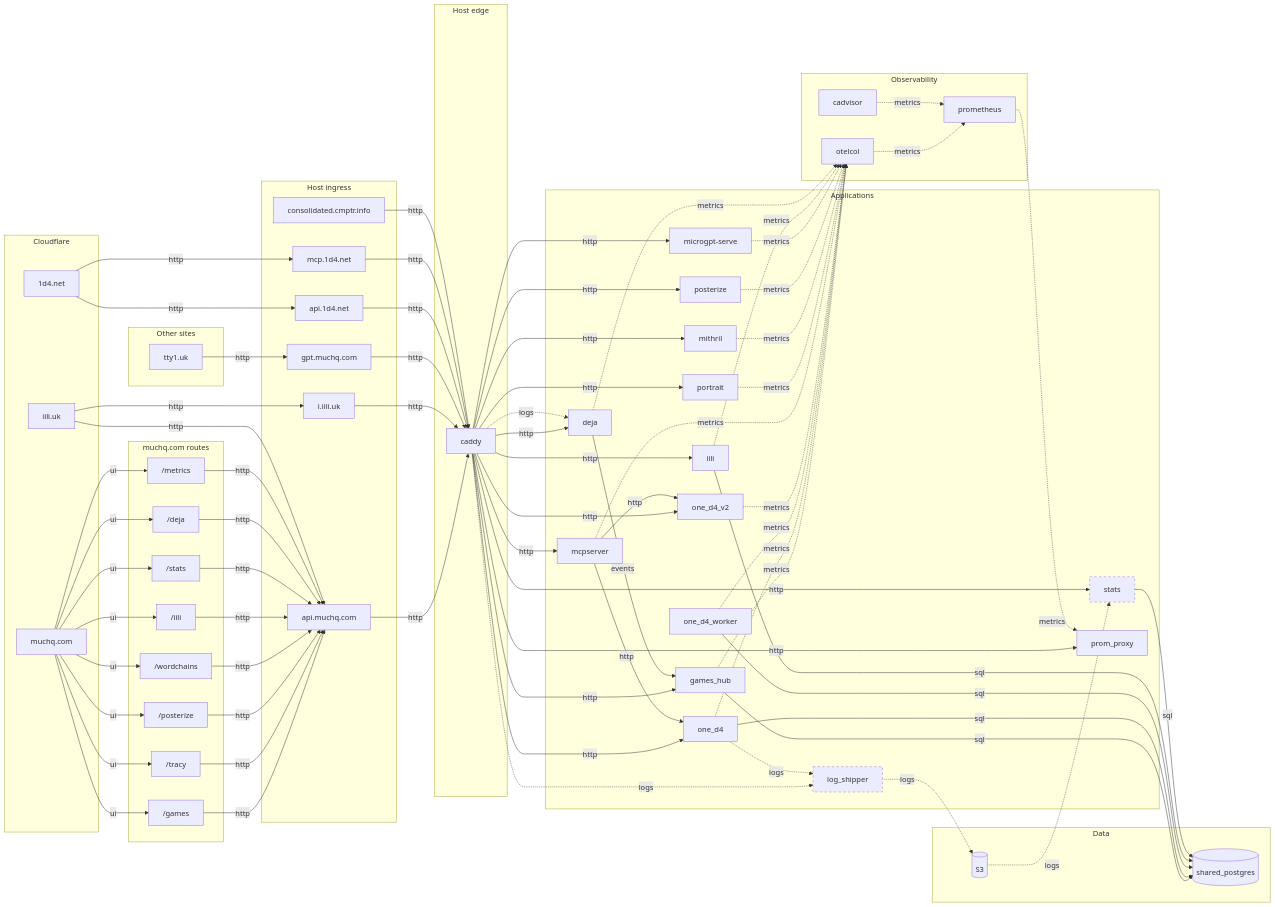
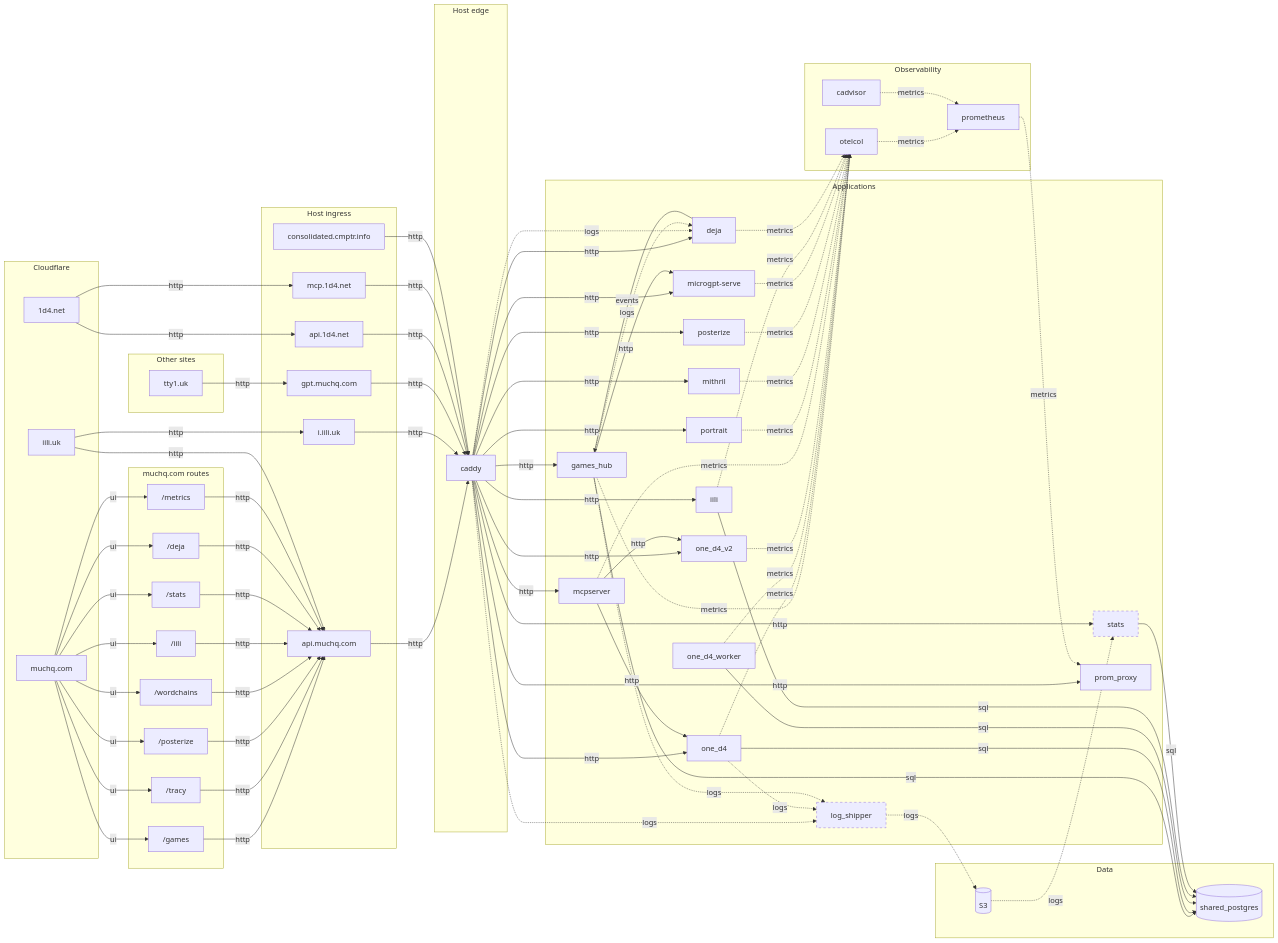
One commit to muchq/muchq.github.io changed the diagram in src/apps/topology/topology.mmd. Above: the diagram before and after it, drawn with Mermaid.

Commit message:
topology: sync diagram with DEPLOYMENT.md (#377)

```diff
--- a/src/apps/topology/topology.mmd
+++ b/src/apps/topology/topology.mmd
@@ -1,148 +1,151 @@
 flowchart LR
   subgraph cf["Cloudflare"]
     muchq_com["muchq.com"]
     iili_uk["iili.uk"]
     one_d4_net["1d4.net"]
   end
 
   subgraph ext["Other sites"]
     tty1_uk["tty1.uk"]
   end
 
   subgraph ingress["Host ingress"]
     api_muchq["api.muchq.com"]
     i_iili_uk["i.iili.uk"]
     gpt_muchq["gpt.muchq.com"]
     api_1d4["api.1d4.net"]
     mcp_1d4["mcp.1d4.net"]
     cmptr["consolidated.cmptr.info"]
   end
 
   subgraph ui["muchq.com routes"]
     ui_games["/games"]
     ui_tracy["/tracy"]
     ui_posterize["/posterize"]
     ui_wordchains["/wordchains"]
     ui_iili["/iili"]
     ui_stats["/stats"]
     ui_deja["/deja"]
     ui_metrics["/metrics"]
   end
 
   subgraph edge["Host edge"]
     caddy["caddy"]
   end
 
   subgraph apps["Applications"]
     games_hub["games_hub"]
     one_d4["one_d4"]
     one_d4_worker["one_d4_worker"]
     one_d4_v2["one_d4_v2"]
     mcpserver["mcpserver"]
     portrait["portrait"]
     mithril["mithril"]
     posterize["posterize"]
     microgpt-serve["microgpt-serve"]
     iili["iili"]
     deja["deja"]
     stats["stats"]:::gated
     log_shipper["log_shipper"]:::gated
     prom_proxy["prom_proxy"]
   end
 
   subgraph data["Data"]
     shared_postgres[("shared_postgres")]
     s3[("S3")]
   end
 
   subgraph obs["Observability"]
     otelcol["otelcol"]
     prometheus["prometheus"]
     cadvisor["cadvisor"]
   end
 
   muchq_com -->|ui| ui_games
   muchq_com -->|ui| ui_tracy
   muchq_com -->|ui| ui_posterize
   muchq_com -->|ui| ui_wordchains
   muchq_com -->|ui| ui_iili
   muchq_com -->|ui| ui_stats
   muchq_com -->|ui| ui_deja
   muchq_com -->|ui| ui_metrics
 
   ui_games -->|http| api_muchq
   ui_tracy -->|http| api_muchq
   ui_posterize -->|http| api_muchq
   ui_wordchains -->|http| api_muchq
   ui_iili -->|http| api_muchq
   ui_stats -->|http| api_muchq
   ui_deja -->|http| api_muchq
   ui_metrics -->|http| api_muchq
 
   iili_uk -->|http| api_muchq
   iili_uk -->|http| i_iili_uk
   one_d4_net -->|http| api_1d4
   one_d4_net -->|http| mcp_1d4
   tty1_uk -->|http| gpt_muchq
 
   api_muchq -->|http| caddy
   i_iili_uk -->|http| caddy
   gpt_muchq -->|http| caddy
   api_1d4 -->|http| caddy
   mcp_1d4 -->|http| caddy
   cmptr -->|http| caddy
 
   caddy -->|http| games_hub
   caddy -->|http| portrait
   caddy -->|http| mithril
   caddy -->|http| posterize
   caddy -->|http| microgpt-serve
   caddy -->|http| one_d4
   caddy -->|http| one_d4_v2
   caddy -->|http| iili
   caddy -->|http| stats
   caddy -->|http| deja
   caddy -->|http| mcpserver
   caddy -->|http| prom_proxy
 
   mcpserver -->|http| one_d4
   mcpserver -->|http| one_d4_v2
   deja -->|events| games_hub
 
   games_hub -->|sql| shared_postgres
+  games_hub -->|http| microgpt-serve
   one_d4 -->|sql| shared_postgres
   one_d4_worker -->|sql| shared_postgres
   iili -->|sql| shared_postgres
   stats -->|sql| shared_postgres
 
   caddy -.->|logs| deja
+  games_hub -.->|logs| deja
   caddy -.->|logs| log_shipper
   one_d4 -.->|logs| log_shipper
+  games_hub -.->|logs| log_shipper
   log_shipper -.->|logs| s3
   s3 -.->|logs| stats
 
   games_hub -.->|metrics| otelcol
   one_d4 -.->|metrics| otelcol
   one_d4_worker -.->|metrics| otelcol
   one_d4_v2 -.->|metrics| otelcol
   mcpserver -.->|metrics| otelcol
   portrait -.->|metrics| otelcol
   mithril -.->|metrics| otelcol
   posterize -.->|metrics| otelcol
   microgpt-serve -.->|metrics| otelcol
   iili -.->|metrics| otelcol
   deja -.->|metrics| otelcol
   otelcol -.->|metrics| prometheus
   cadvisor -.->|metrics| prometheus
   prometheus -.->|metrics| prom_proxy
 
   classDef gated stroke-dasharray: 5 5
 
   click games_hub "https://muchq.com/games"
   click portrait "https://muchq.com/tracy"
   click posterize "https://muchq.com/posterize"
   click mithril "https://muchq.com/wordchains"
   click iili "https://muchq.com/iili"
   click stats "https://muchq.com/stats"
   click deja "https://muchq.com/deja"
   click prom_proxy "https://muchq.com/metrics"
```
